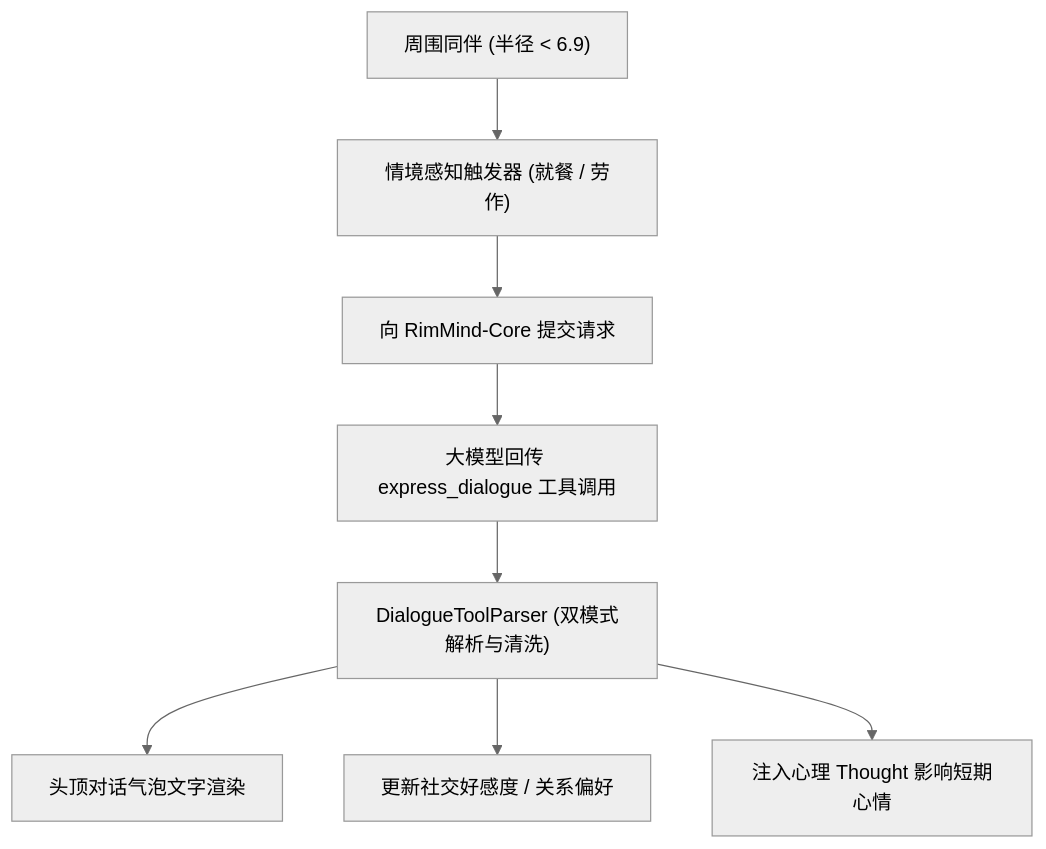
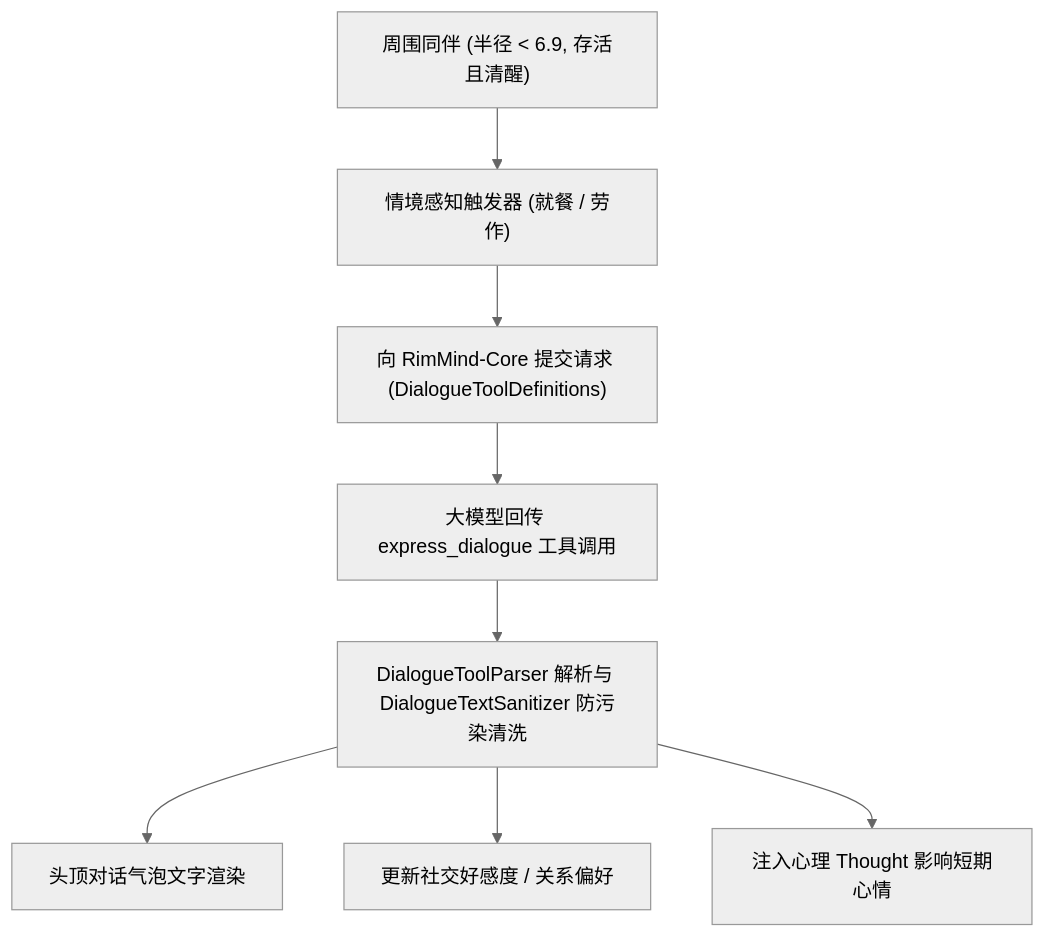
The diagram in README_zh.md (RimWorld-RimMind-Mod/RimWorld-RimMind-Mod-Dialogue), drawn with Mermaid (neutral theme) before and after one commit. The commit also changed other lines of this file and 16 other files, not shown here.

````diff
--- a/README_zh.md
+++ b/README_zh.md
@@ -42,10 +43,10 @@
 ```mermaid
 flowchart TD
-    NearbyPawns["周围同伴 (半径 < 6.9)"] --> Trigger["情境感知触发器 (就餐 / 劳作)"]
-    Trigger --> CoreReq["向 RimMind-Core 提交请求"]
+    NearbyPawns["周围同伴 (半径 < 6.9, 存活且清醒)"] --> Trigger["情境感知触发器 (就餐 / 劳作)"]
+    Trigger --> CoreReq["向 RimMind-Core 提交请求 (DialogueToolDefinitions)"]
     CoreReq --> ToolCall["大模型回传 express_dialogue 工具调用"]
-    ToolCall --> Parser["DialogueToolParser (双模式解析与清洗)"]
+    ToolCall --> Parser["DialogueToolParser 解析与 DialogueTextSanitizer 防污染清洗"]
     Parser --> Bubble["头顶对话气泡文字渲染"]
     Parser --> Social["更新社交好感度 / 关系偏好"]
     Parser --> Thought["注入心理 Thought 影响短期心情"]
 ```
````
